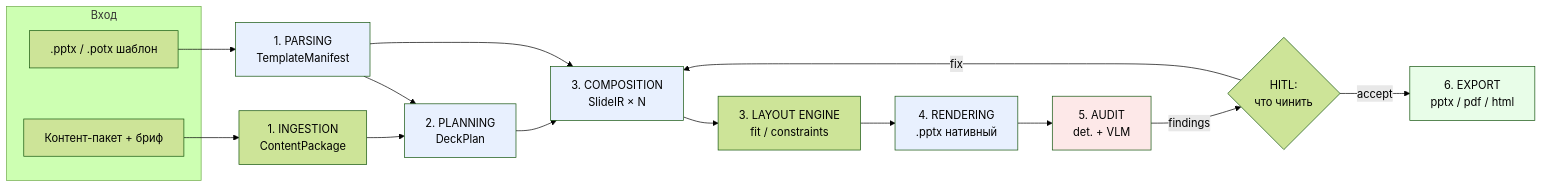
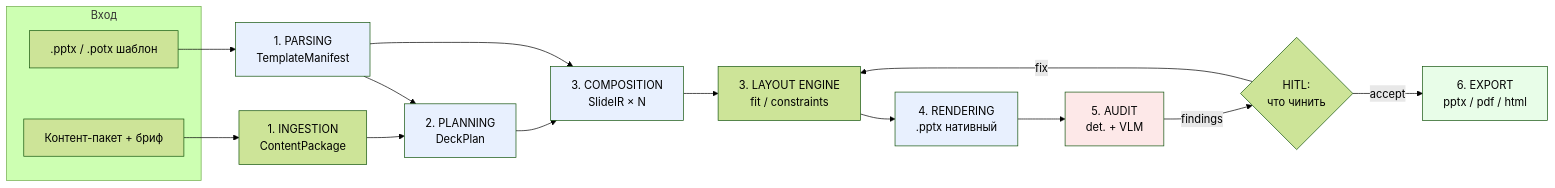
One commit to sMichellin/DeckForge changed the diagram in ARCHITECTURE.md. Above: the diagram before and after it, drawn with Mermaid (forest theme). The commit also changed other lines of this file and 26 other files, not shown here.

````diff
--- a/ARCHITECTURE.md
+++ b/ARCHITECTURE.md
@@ -106,28 +111,28 @@
 ```mermaid
 flowchart LR
     subgraph IN[Вход]
         T[.pptx / .potx шаблон]
         C[Контент-пакет + бриф]
     end
 
     T --> P[1. PARSING<br/>TemplateManifest]
     C --> I[1. INGESTION<br/>ContentPackage]
 
     P --> G[2. PLANNING<br/>DeckPlan]
     I --> G
     G --> S[3. COMPOSITION<br/>SlideIR × N]
     P --> S
     S --> L[3. LAYOUT ENGINE<br/>fit / constraints]
     L --> R[4. RENDERING<br/>.pptx нативный]
     R --> A[5. AUDIT<br/>det. + VLM]
     A -->|findings| H{HITL:<br/>что чинить}
-    H -->|fix| S
+    H -->|fix| L
     H -->|accept| E[6. EXPORT<br/>pptx / pdf / html]
 
     style P fill:#e8f0fe
     style G fill:#e8f0fe
     style S fill:#e8f0fe
     style R fill:#e8f0fe
     style A fill:#fde8e8
     style E fill:#e8fde8
 ```
````
